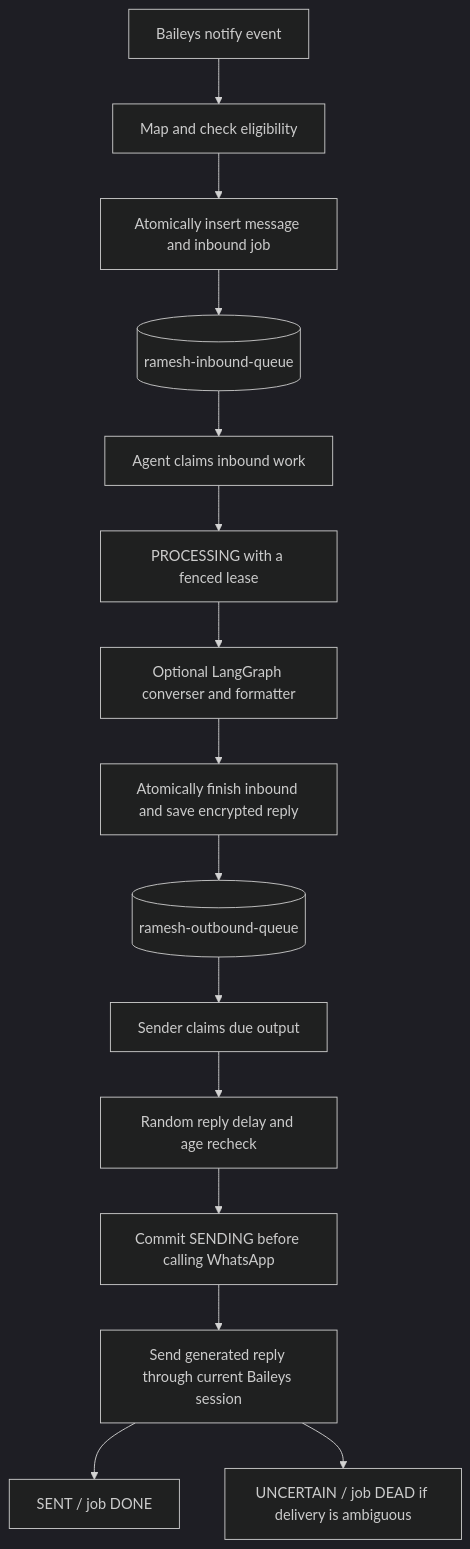
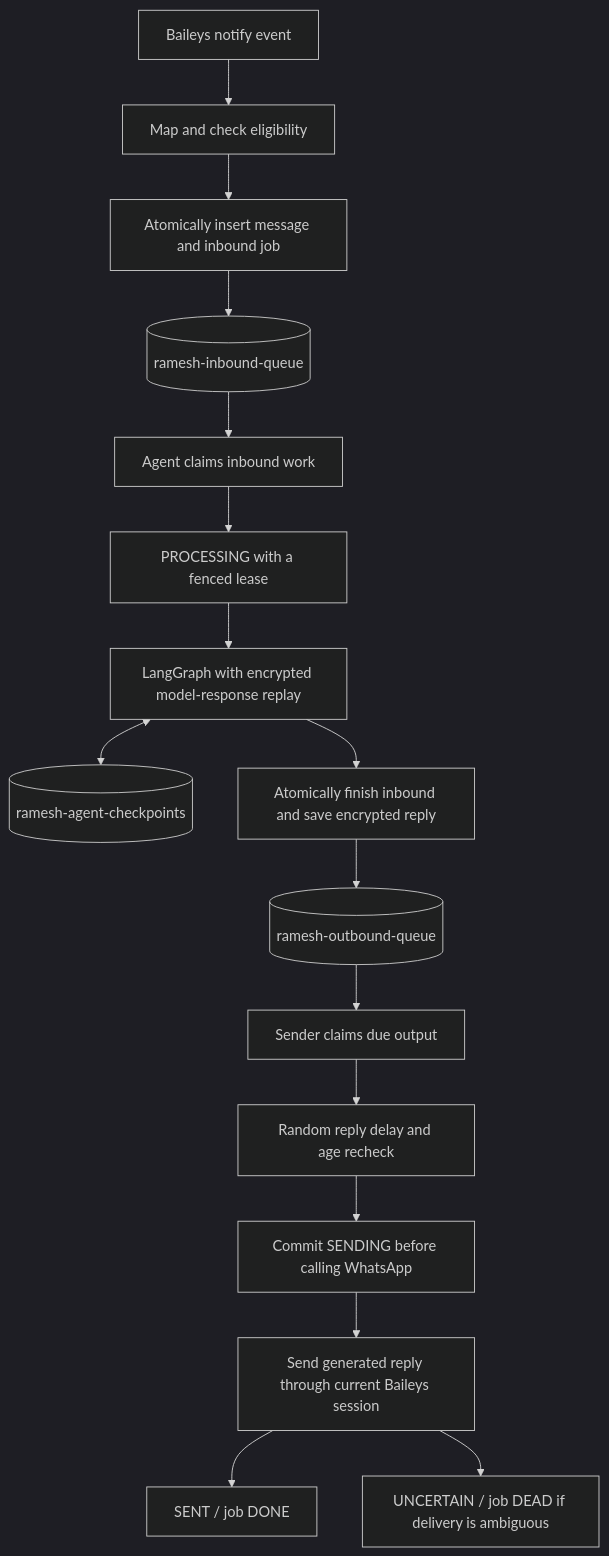
Before and after one commit to rs0125/ramesh-bot: the diagram in docs/supabase-message-queue.md, drawn with Mermaid (dark theme). The commit also changed other lines of this file and 44 other files, not shown here.

Commit message:
Add per-chat concurrency and durable model replay checkpoints

````diff
--- a/docs/supabase-message-queue.md
+++ b/docs/supabase-message-queue.md
@@ -29,17 +30,18 @@
 ```mermaid
 flowchart TD
     Event[Baileys notify event] --> Map[Map and check eligibility]
     Map --> Save[Atomically insert message and inbound job]
     Save --> Inbound[(ramesh-inbound-queue)]
     Inbound --> Claim[Agent claims inbound work]
     Claim --> Processing[PROCESSING with a fenced lease]
-    Processing --> Agent[Optional LangGraph converser and formatter]
+    Processing --> Agent[LangGraph with encrypted model-response replay]
+    Agent <--> Checkpoint[(ramesh-agent-checkpoints)]
     Agent --> Handoff[Atomically finish inbound and save encrypted reply]
     Handoff --> Outbound[(ramesh-outbound-queue)]
     Outbound --> Sender[Sender claims due output]
     Sender --> Delay[Random reply delay and age recheck]
     Delay --> Marker[Commit SENDING before calling WhatsApp]
     Marker --> Send[Send generated reply through current Baileys session]
     Send --> Success[SENT / job DONE]
     Send --> Uncertain[UNCERTAIN / job DEAD if delivery is ambiguous]
 ```
````
